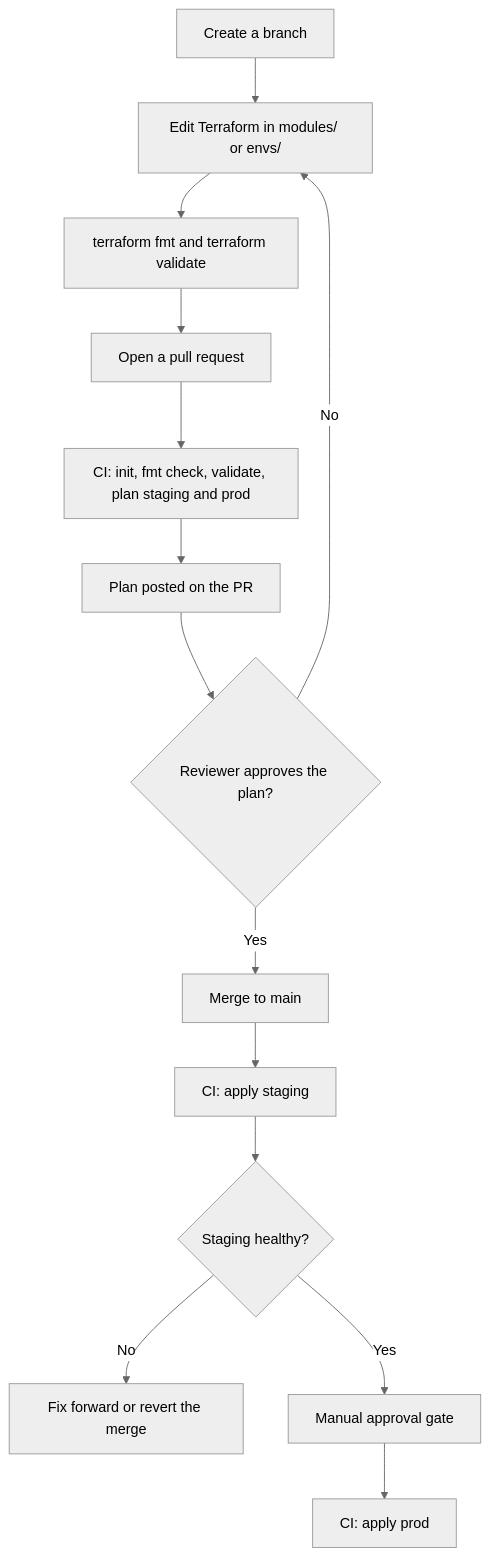
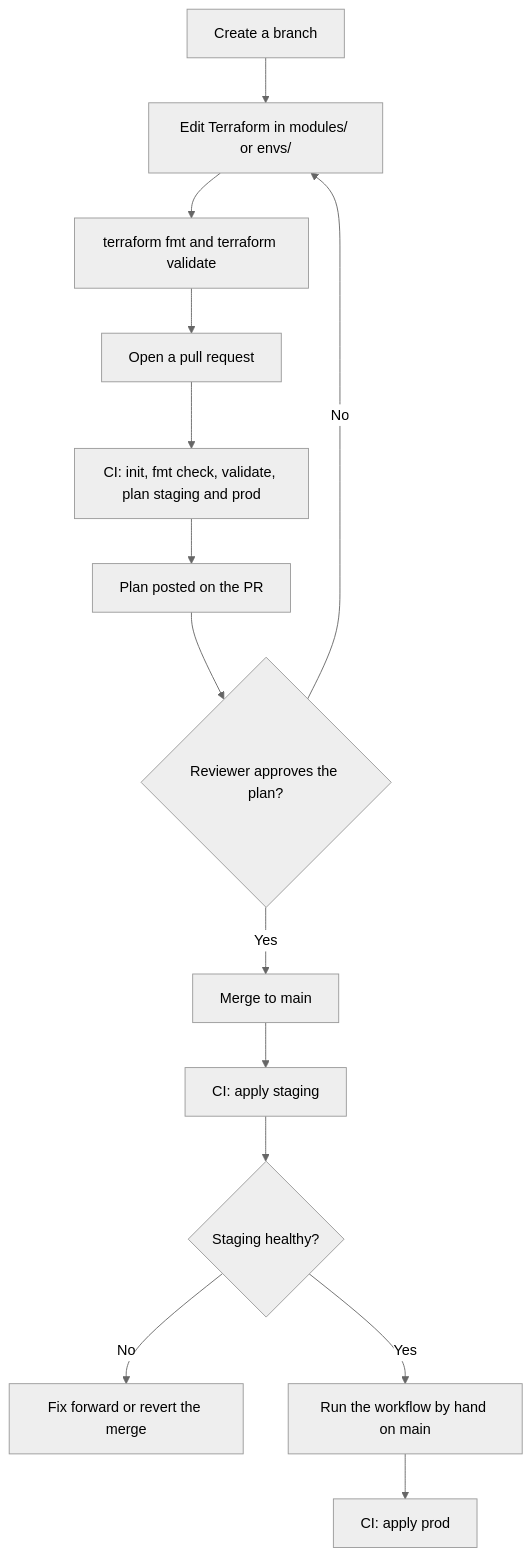
The diagram in README.md (centurysoftware2026/boctrust-infra), drawn with Mermaid (neutral theme) before and after one commit. The commit also changed other lines of this file, not shown here.

Commit message:
Describe the manual production apply in the README

````diff
--- a/README.md
+++ b/README.md
@@ -105,16 +105,16 @@
 ```mermaid
 flowchart TD
     A[Create a branch] --> B[Edit Terraform in modules/ or envs/]
     B --> C["terraform fmt and terraform validate"]
     C --> D[Open a pull request]
     D --> E["CI: init, fmt check, validate, plan staging and prod"]
     E --> F[Plan posted on the PR]
     F --> G{Reviewer approves the plan?}
     G -- No --> B
     G -- Yes --> H[Merge to main]
     H --> I["CI: apply staging"]
     I --> J{Staging healthy?}
     J -- No --> K[Fix forward or revert the merge]
-    J -- Yes --> L[Manual approval gate]
+    J -- Yes --> L["Run the workflow by hand on main"]
     L --> M["CI: apply prod"]
 ```
````
